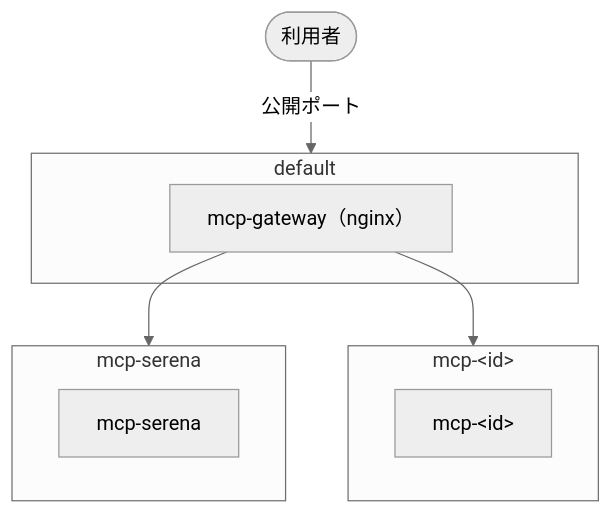
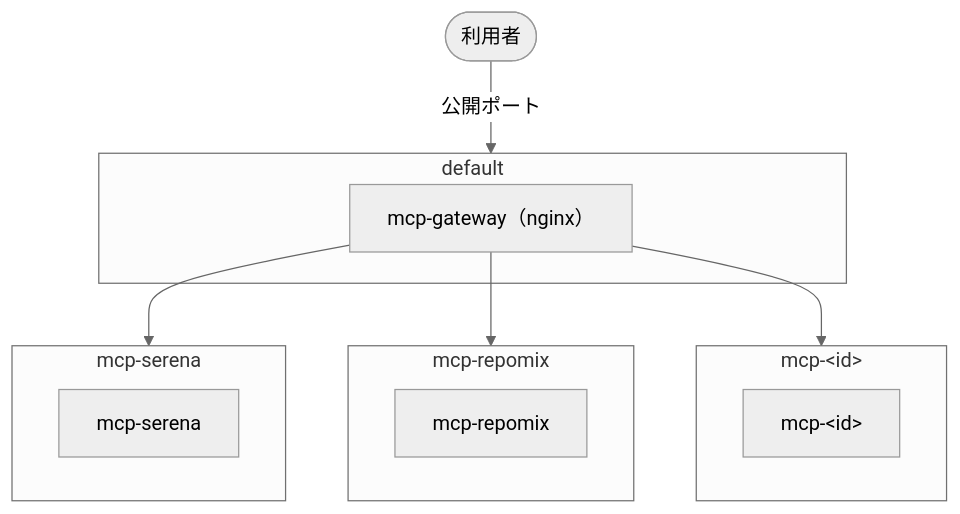
The diagram in README.md (hidori/compose-devcontainer-boilerplate), drawn with Mermaid (neutral theme) before and after one commit. The commit also changed other lines of this file and 10 other files, not shown here.

````diff
--- a/README.md
+++ b/README.md
@@ -22,20 +22,25 @@
 ```mermaid
 flowchart TB
     user([利用者])
 
     subgraph net_default["default"]
         gw["mcp-gateway（nginx）"]
     end
 
     subgraph net_id["mcp-#lt;id#gt;"]
         id["mcp-#lt;id#gt;"]
     end
 
     subgraph net_serena["mcp-serena"]
         serena["mcp-serena"]
     end
 
+    subgraph net_repomix["mcp-repomix"]
+        repomix["mcp-repomix"]
+    end
+
     user -->|公開ポート| net_default
     gw --> net_serena
+    gw --> net_repomix
     gw --> net_id
 ```
````
